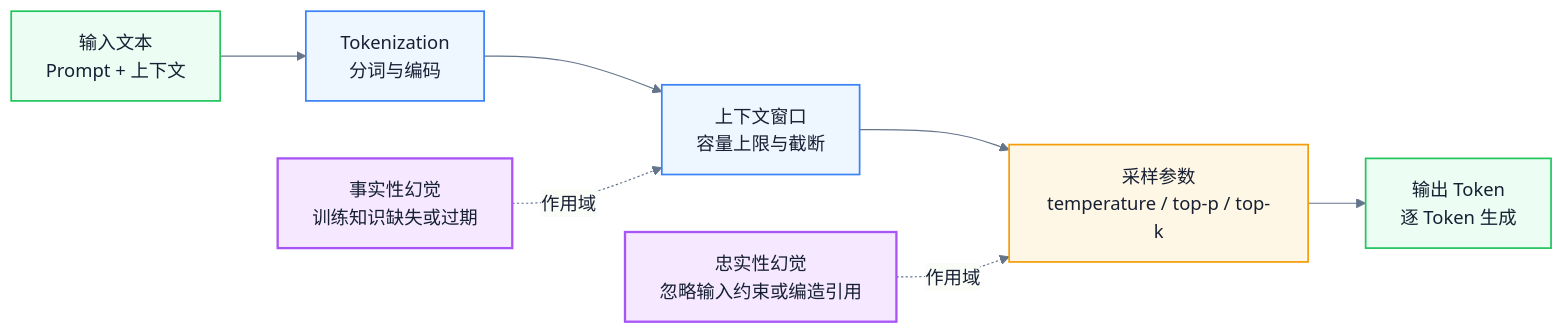
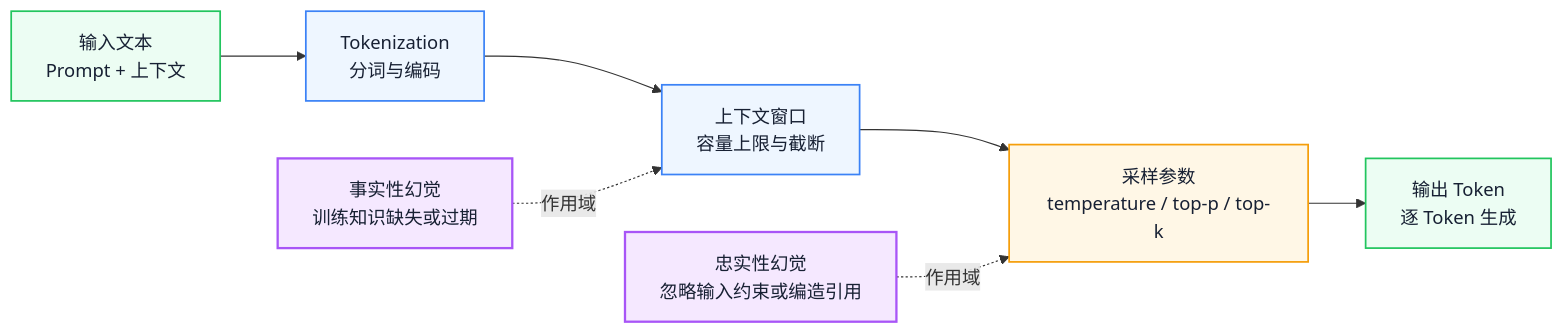
One commit to Fatejian/frontier-vault changed the first of 4 diagrams in docs/ai/ai-agent-tech-understanding.md. Above: the diagram before and after it, drawn with Mermaid. The commit also changed other lines of this file and 37 other files, not shown here.

````diff
--- a/docs/ai/ai-agent-tech-understanding.md
+++ b/docs/ai/ai-agent-tech-understanding.md
@@ -93,28 +93,28 @@
 ```mermaid
-%%{init: {'theme': 'base', 'themeVariables': { 'fontFamily': 'Inter, PingFang SC, Microsoft YaHei, sans-serif', 'primaryColor': '#F8FAFC', 'primaryTextColor': '#172033', 'primaryBorderColor': '#CBD5E1', 'lineColor': '#64748B'}}}%%
+%%{init: {'theme': 'base', 'themeVariables': { 'fontFamily': 'Inter, PingFang SC, Microsoft YaHei, sans-serif', 'primaryColor': '#F8FAFC', 'primaryTextColor': '#172033', 'primaryBorderColor': '#CBD5E1', 'lineColor': '#64748B, 'fontSize': '13px'}}}%%
 flowchart LR
     Input["输入文本<br/>Prompt + 上下文"]
     Token["Tokenization<br/>分词与编码"]
     Context["上下文窗口<br/>容量上限与截断"]
     Sampling["采样参数<br/>temperature / top-p / top-k"]
     Output["输出 Token<br/>逐 Token 生成"]
 
     Input --> Token
     Token --> Context
     Context --> Sampling
     Sampling --> Output
 
     Halluc1["事实性幻觉<br/>训练知识缺失或过期"] -. 作用域 .-> Context
     Halluc2["忠实性幻觉<br/>忽略输入约束或编造引用"] -. 作用域 .-> Sampling
 
     classDef core fill:#172033,color:#fff,stroke:#172033,stroke-width:2px;
     classDef wait fill:#EEF6FF,stroke:#3B82F6,color:#172033,stroke-width:1.5px;
     classDef block fill:#FFF7E6,stroke:#F59E0B,color:#172033,stroke-width:1.5px;
     classDef work fill:#ECFDF3,stroke:#22C55E,color:#172033,stroke-width:1.5px;
     classDef metric fill:#F5E8FF,stroke:#A855F7,color:#172033,stroke-width:2px;
 
     class Input,Output work;
     class Token,Context wait;
     class Sampling block;
     class Halluc1,Halluc2 metric;
 ```
````
